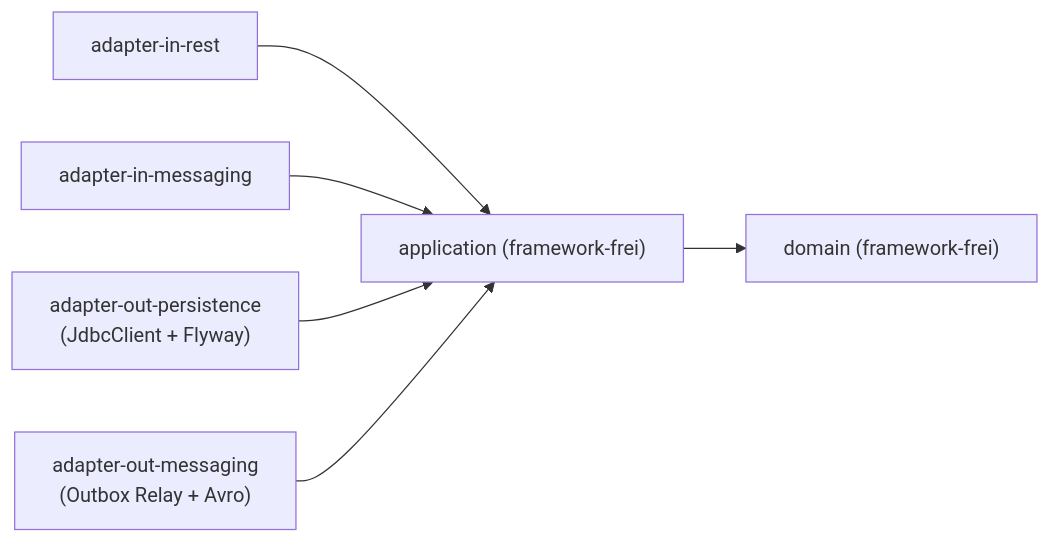
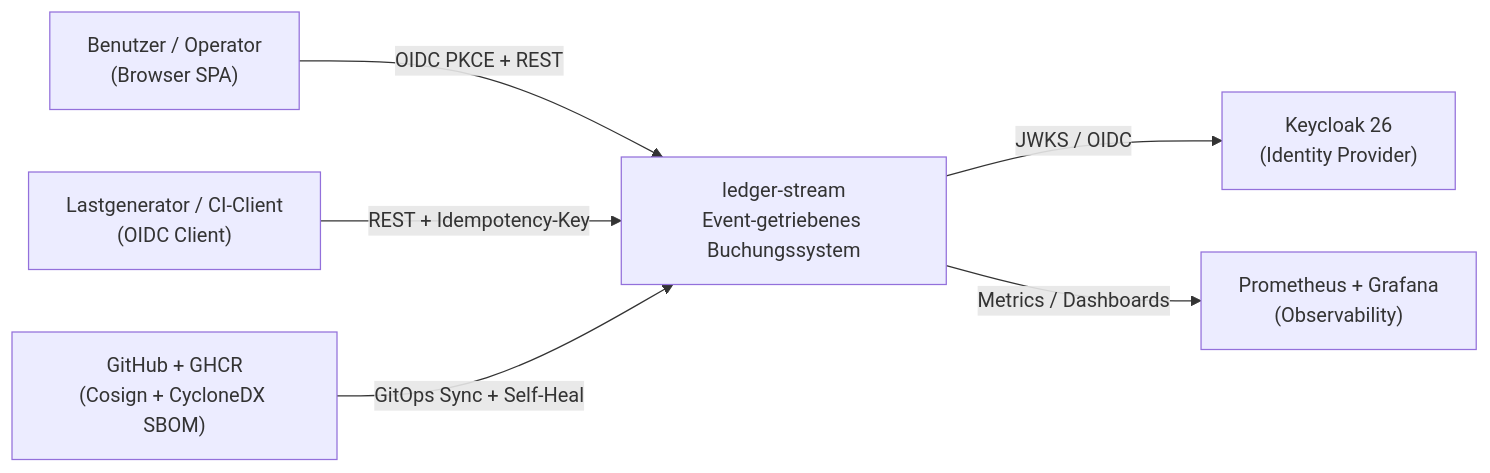
Before and after one commit to timstallinger/ledger-stream: the first of 2 diagrams in README.md, drawn with Mermaid. The commit also changed other lines of this file and 15 other files, not shown here.

Commit message:
docs(phase12): add 10 ADRs, design decisions, operations runbook, architecture and README

````diff
--- a/README.md
+++ b/README.md
@@ -29,8 +13,8 @@
 ```mermaid
 flowchart LR
-    REST["adapter-in-rest"] --> APP["application (framework-frei)"]
-    KCONS["adapter-in-messaging"] --> APP
-    APP --> DOM["domain (framework-frei)"]
-    PERS["adapter-out-persistence<br/>(JdbcClient + Flyway)"] --> APP
-    KPROD["adapter-out-messaging<br/>(Outbox Relay + Avro)"] --> APP
+    USER["Benutzer / Operator<br/>(Browser SPA)"] -->|"OIDC PKCE + REST"| SYS["ledger-stream<br/>Event-getriebenes Buchungssystem"]
+    CLI["Lastgenerator / CI-Client<br/>(OIDC Client)"] -->|"REST + Idempotency-Key"| SYS
+    SYS -->|"JWKS / OIDC"| IDP["Keycloak 26<br/>(Identity Provider)"]
+    SYS -->|"Metrics / Dashboards"| OBS["Prometheus + Grafana<br/>(Observability)"]
+    GIT["GitHub + GHCR<br/>(Cosign + CycloneDX SBOM)"] -->|"GitOps Sync + Self-Heal"| SYS
 ```
````
